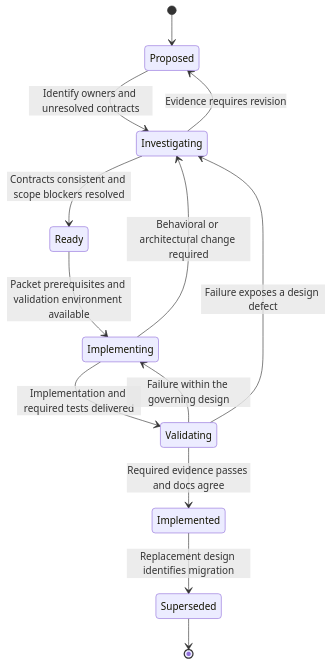
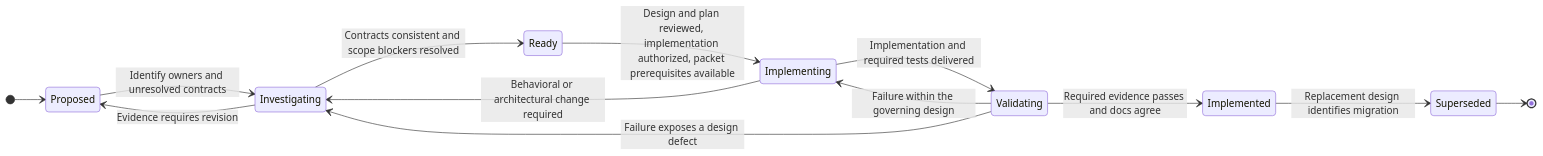
One commit to pidster/asura changed the diagram in docs/design-process.md. Above: the diagram before and after it, drawn with Mermaid. The commit also changed other lines of this file and 10 other files, not shown here.

Commit message:
Define storage modes and resolve architecture review findings

````diff
--- a/docs/design-process.md
+++ b/docs/design-process.md
@@ -94,15 +99,16 @@
 ```mermaid
 stateDiagram-v2
+    direction LR
     [*] --> Proposed
     Proposed --> Investigating: Identify owners and unresolved contracts
     Investigating --> Proposed: Evidence requires revision
     Investigating --> Ready: Contracts consistent and scope blockers resolved
-    Ready --> Implementing: Packet prerequisites and validation environment available
+    Ready --> Implementing: Design and plan reviewed, implementation authorized, packet prerequisites available
     Implementing --> Investigating: Behavioral or architectural change required
     Implementing --> Validating: Implementation and required tests delivered
     Validating --> Implementing: Failure within the governing design
     Validating --> Investigating: Failure exposes a design defect
     Validating --> Implemented: Required evidence passes and docs agree
     Implemented --> Superseded: Replacement design identifies migration
     Superseded --> [*]
 ```
````
